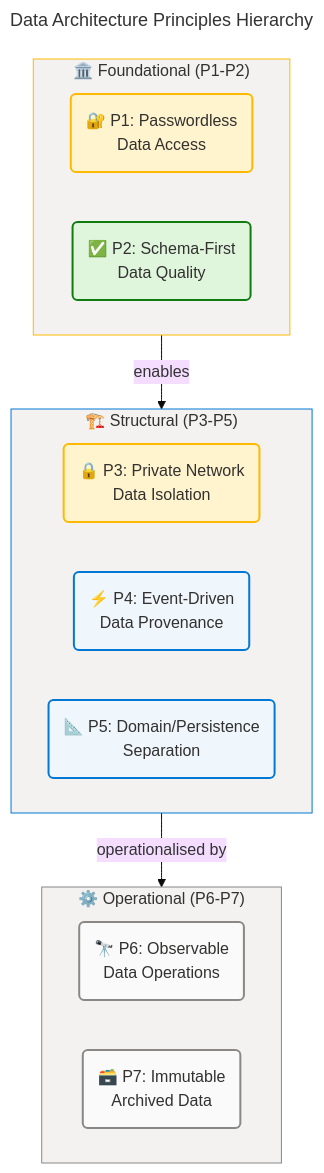
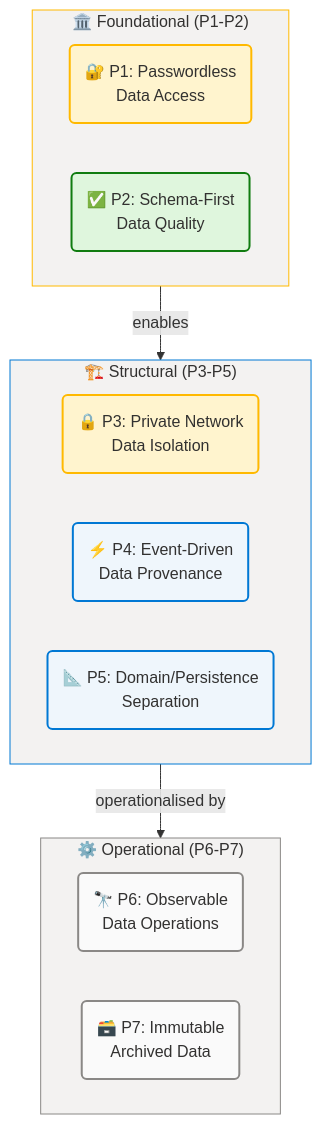
One commit to Evilazaro/Azure-LogicApps-Monitoring changed the fourth of 8 diagrams in docs/architecture/data-arch.md. Above: the diagram before and after it, drawn with Mermaid. The commit also changed other lines of this file, not shown here.

Commit message:
Remove unused mermaid diagram configurations from data architecture documentation

````diff
--- a/docs/architecture/data-arch.md
+++ b/docs/architecture/data-arch.md
@@ -445,55 +412,44 @@
 ```mermaid
----
-title: Data Architecture Principles Hierarchy
-config:
-  theme: base
-  look: classic
-  layout: dagre
-  themeVariables:
-    fontSize: '16px'
-  flowchart:
-    htmlLabels: true
----
 flowchart TB
     accTitle: Data Architecture Principles Hierarchy
     accDescr: Seven architecture principles organised into three tiers — foundational security and quality, structural separation and events, and operational observability and immutability.
 
     %% ═══════════════════════════════════════════════════════════════════════════
     %% AZURE / FLUENT ARCHITECTURE PATTERN v2.0
     %% (Semantic + Structural + Font + Accessibility Governance)
     %% ═══════════════════════════════════════════════════════════════════════════
     %% PHASE 1 - FLUENT UI: All styling uses approved Fluent UI palette only
     %% PHASE 2 - GROUPS: Every subgraph has semantic color via style directive
     %% PHASE 3 - COMPONENTS: Every node has semantic classDef + icon prefix
     %% PHASE 4 - ACCESSIBILITY: accTitle/accDescr present, WCAG AA contrast
     %% PHASE 5 - STANDARD: Governance block present, classDefs centralized
     %% ═══════════════════════════════════════════════════════════════════════════
 
     subgraph foundational["🏛️ Foundational (P1-P2)"]
         P1("🔐 P1: Passwordless<br/>Data Access"):::warning
         P2("✅ P2: Schema-First<br/>Data Quality"):::success
     end
 
     subgraph structural["🏗️ Structural (P3-P5)"]
         P3("🔒 P3: Private Network<br/>Data Isolation"):::warning
         P4("⚡ P4: Event-Driven<br/>Data Provenance"):::core
         P5("📐 P5: Domain/Persistence<br/>Separation"):::core
     end
 
     subgraph operational["⚙️ Operational (P6-P7)"]
         P6("🔭 P6: Observable<br/>Data Operations"):::neutral
         P7("🗃️ P7: Immutable<br/>Archived Data"):::neutral
     end
 
     foundational -->|"enables"| structural
     structural -->|"operationalised by"| operational
 
     classDef core fill:#EFF6FC,stroke:#0078D4,stroke-width:2px,color:#323130
     classDef neutral fill:#FAFAFA,stroke:#8A8886,stroke-width:2px,color:#323130
     classDef success fill:#DFF6DD,stroke:#107C10,stroke-width:2px,color:#323130
     classDef warning fill:#FFF4CE,stroke:#FFB900,stroke-width:2px,color:#323130
 
     style foundational fill:#F3F2F1,stroke:#FFB900,stroke-width:1px,color:#323130
     style structural fill:#F3F2F1,stroke:#0078D4,stroke-width:1px,color:#323130
     style operational fill:#F3F2F1,stroke:#8A8886,stroke-width:1px,color:#323130
 ```
````
